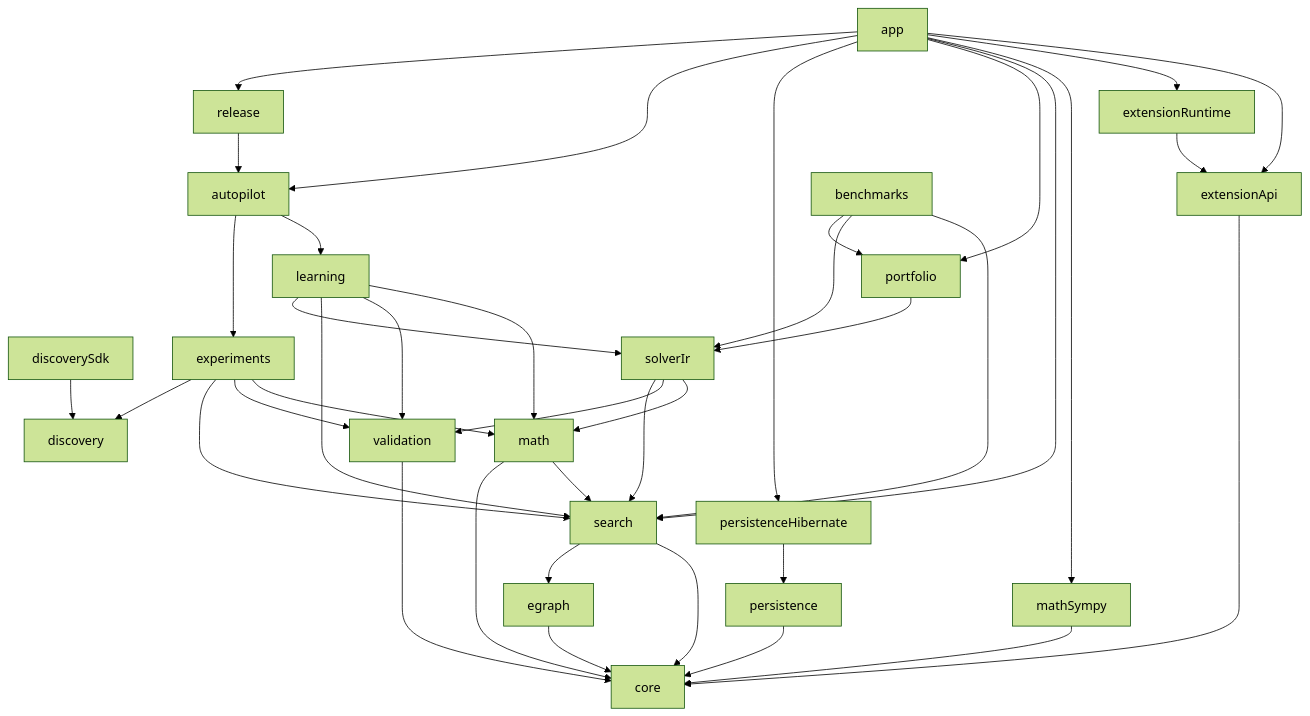
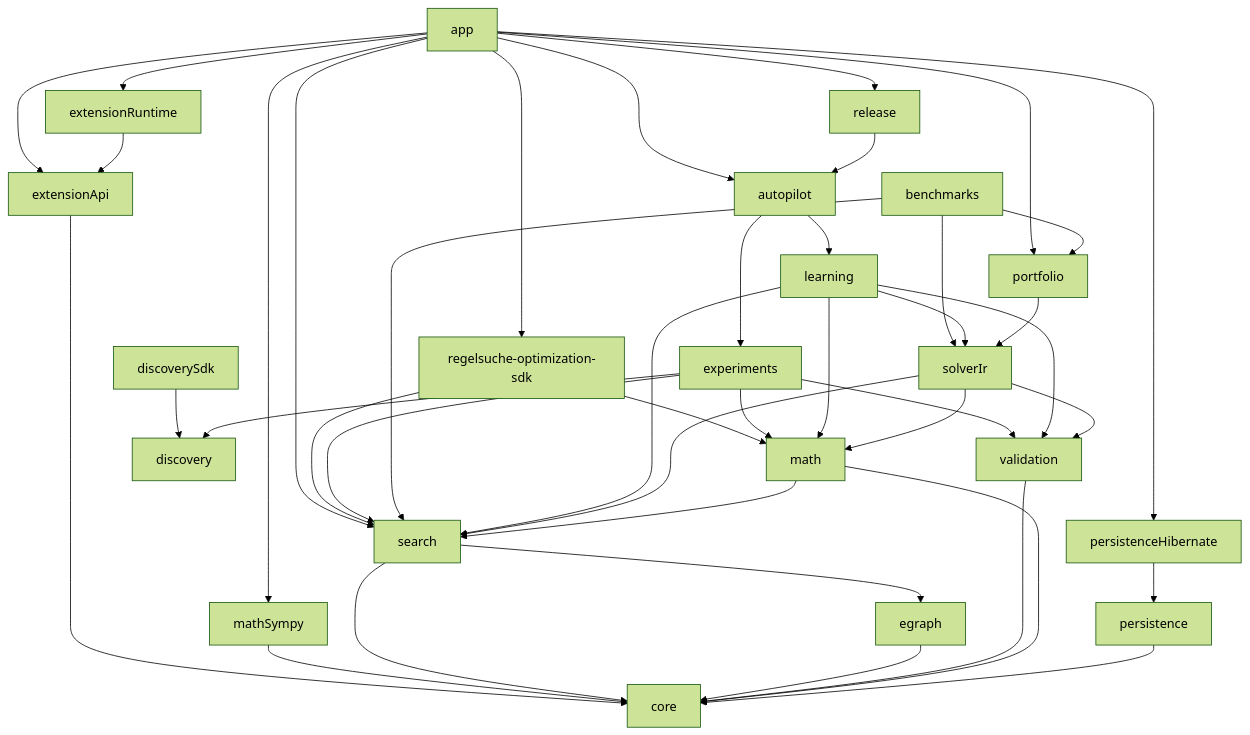
Before and after one commit to carstenartur/Regelsuche: the diagram in docs/dependency-rules.md, drawn with Mermaid (forest theme). The commit also changed other lines of this file and 1 other file, not shown here.

First line of the commit message:
Declare the workbench dependency on the counting SDK

````diff
--- a/docs/dependency-rules.md
+++ b/docs/dependency-rules.md
@@ -14,49 +14,52 @@
 ```mermaid
 flowchart TD
     app --> release
     app --> autopilot
     app --> persistenceHibernate
     app --> portfolio
     app --> search
+    app --> optimizationSdk[regelsuche-optimization-sdk]
+    optimizationSdk --> search
+    optimizationSdk --> math
     app --> mathSympy
     app --> extensionRuntime
     app --> extensionApi
 
     discoverySdk --> discovery
     extensionRuntime --> extensionApi
     extensionApi --> core
 
     release --> autopilot
     autopilot --> experiments
     autopilot --> learning
 
     experiments --> discovery
     experiments --> search
     experiments --> validation
     experiments --> math
 
     benchmarks --> portfolio
     benchmarks --> solverIr
     benchmarks --> search
 
     learning --> solverIr
     learning --> search
     learning --> validation
     learning --> math
 
     persistenceHibernate --> persistence
 
     portfolio --> solverIr
     solverIr --> search
     solverIr --> validation
     solverIr --> math
 
     mathSympy --> core
     search --> egraph
     search --> core
     egraph --> core
     validation --> core
     math --> core
     math --> search
     persistence --> core
 ```
````
